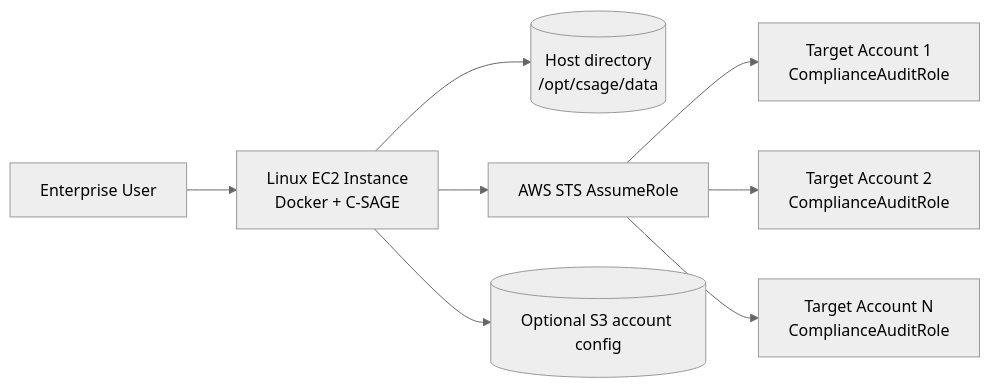
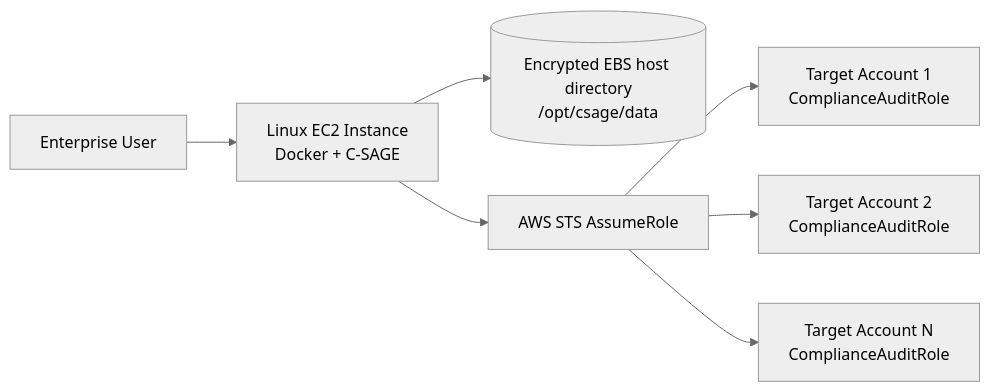
One commit to shankamal/AWS-C-SAGE changed the diagram in docs/DEPLOYMENT.md. Above: the diagram before and after it, drawn with Mermaid (neutral theme). The commit also changed other lines of this file, not shown here.

````diff
--- a/docs/DEPLOYMENT.md
+++ b/docs/DEPLOYMENT.md
@@ -13,10 +14,9 @@
 ```mermaid
 flowchart LR
     U[Enterprise User] --> EC2[Linux EC2 Instance\nDocker + C-SAGE]
-    EC2 --> DATA[(Host directory\n/opt/csage/data)]
+    EC2 --> DATA[(Encrypted EBS host directory\n/opt/csage/data)]
     EC2 --> STS[AWS STS AssumeRole]
-    EC2 --> S3[(Optional S3 account config)]
     STS --> A1[Target Account 1\nComplianceAuditRole]
     STS --> A2[Target Account 2\nComplianceAuditRole]
     STS --> AN[Target Account N\nComplianceAuditRole]
 ```
````
